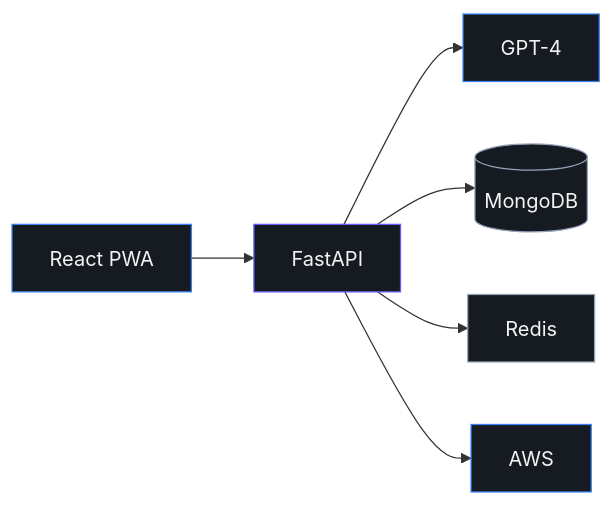
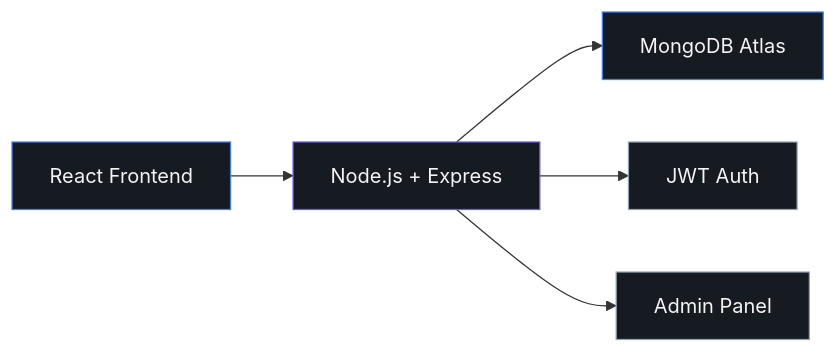
Before and after one commit to roshan-1205/roshan-1205: the first of 2 diagrams in README.md, drawn with Mermaid. The commit also changed other lines of this file, not shown here.

````diff
--- a/README.md
+++ b/README.md
@@ -134,14 +127,12 @@
 ```mermaid
 flowchart LR
-    A["React PWA"] --> B["FastAPI"]
-    B --> C["GPT-4"]
-    B --> D[("MongoDB")]
-    B --> E["Redis"]
-    B --> F["AWS"]
+    A["React Frontend"] --> B["Node.js + Express"]
+    B --> C["MongoDB Atlas"]
+    B --> D["JWT Auth"]
+    B --> E["Admin Panel"]
     style A fill:#161B22,stroke:#3B82F6,color:#F4F4F5
     style B fill:#161B22,stroke:#635BFF,color:#F4F4F5
     style C fill:#161B22,stroke:#3B82F6,color:#F4F4F5
     style D fill:#161B22,stroke:#94A3B8,color:#F4F4F5
     style E fill:#161B22,stroke:#94A3B8,color:#F4F4F5
-    style F fill:#161B22,stroke:#3B82F6,color:#F4F4F5
 ```
````
